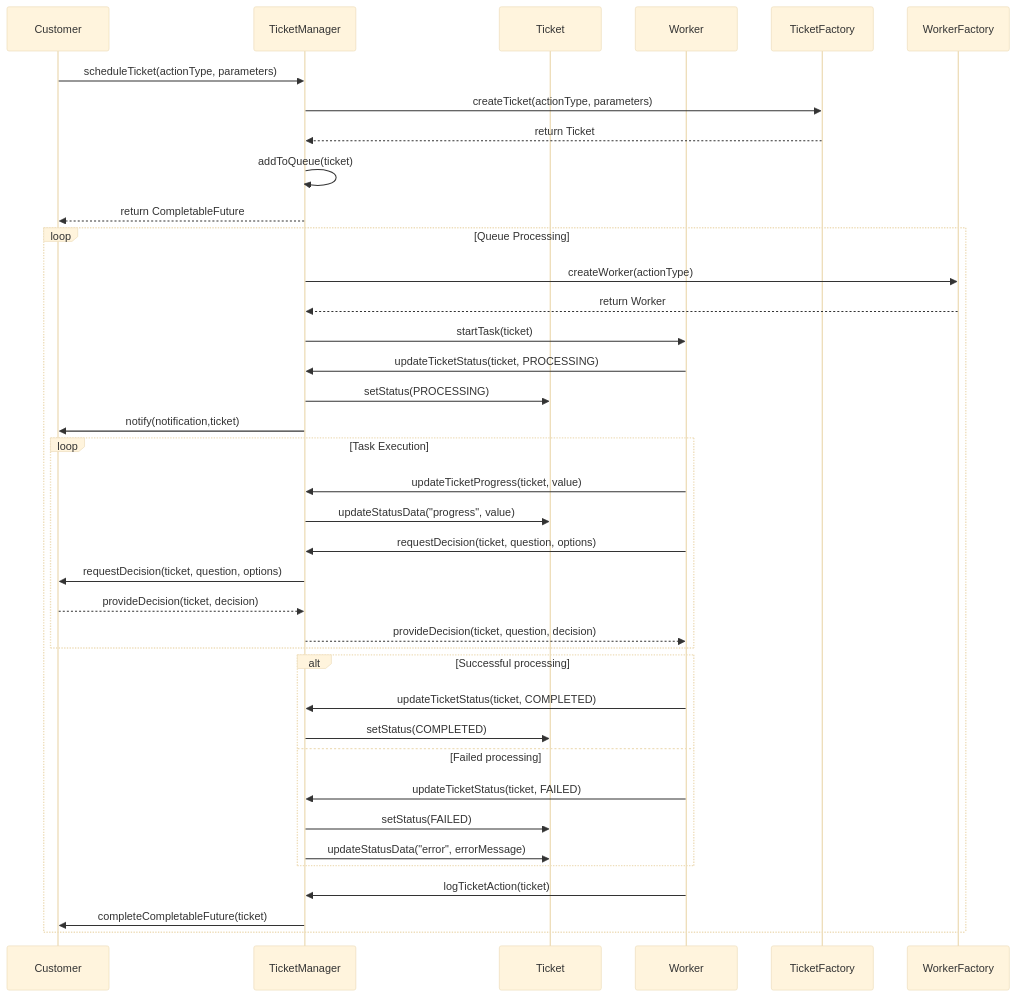
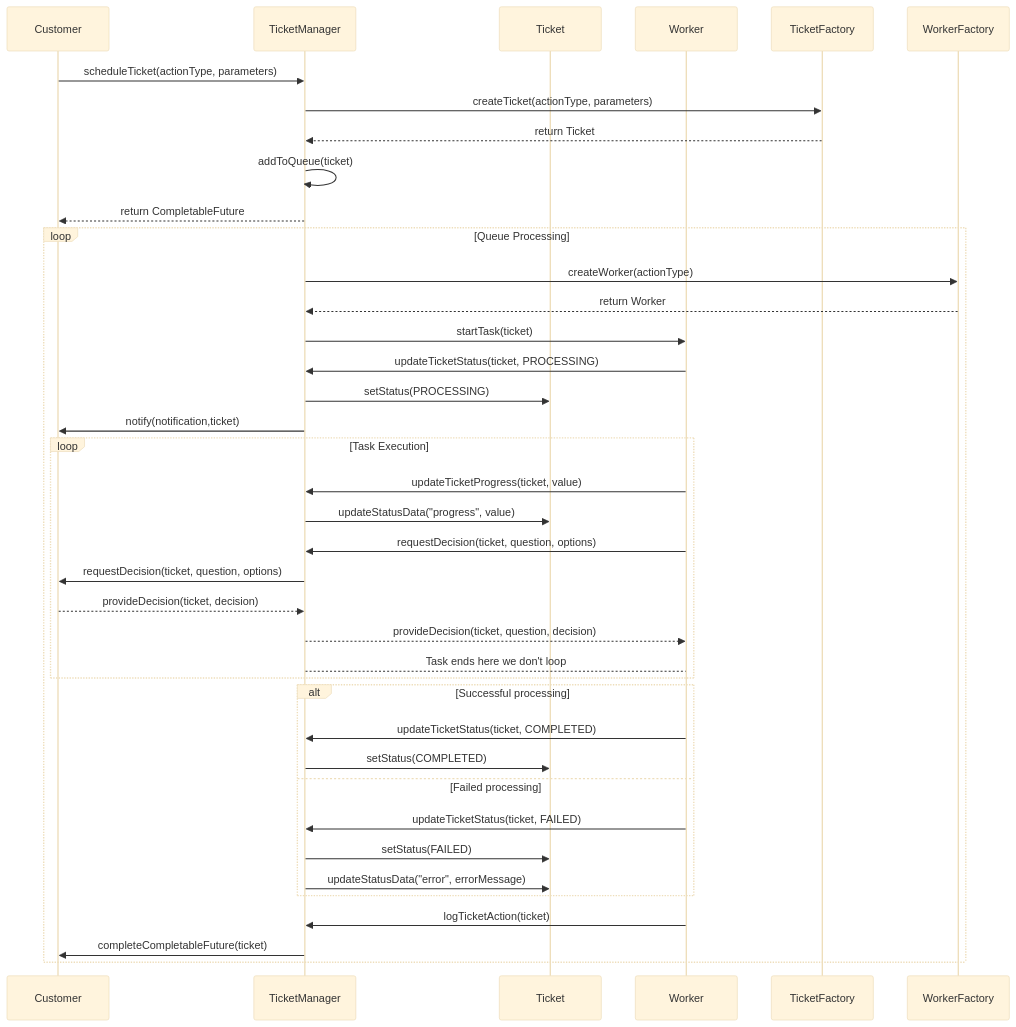
One commit to VexiDev/Puppeteer changed the sixth of 6 diagrams in SHEETS.md. Above: the diagram before and after it, drawn with Mermaid (base theme). The commit also changed other lines of this file, not shown here.

```diff
--- a/SHEETS.md
+++ b/SHEETS.md
@@ -286,7 +284,9 @@
                 
                 %% ticketmanager passes answer to worker
                 TicketManager-->>Worker: provideDecision(ticket, question, decision)
-                %% worker processes the answer and continues 
+                %% worker processes the answer and continues
+
+                TicketManager --> Worker: Task ends here we don't loop
 
         end %% that was the last step so we actually move on to the task completion stage
 
```
